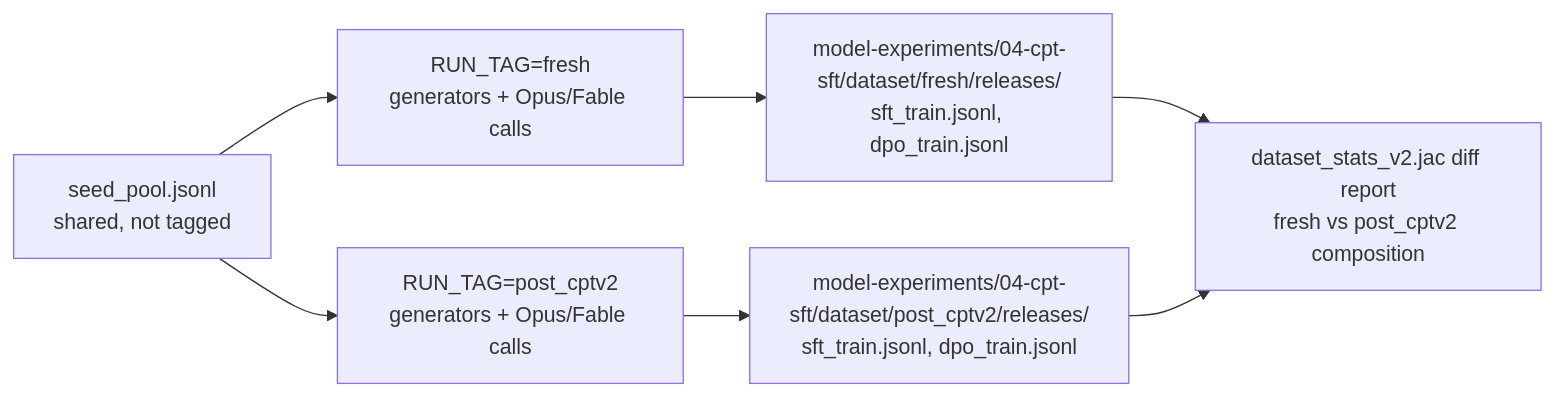
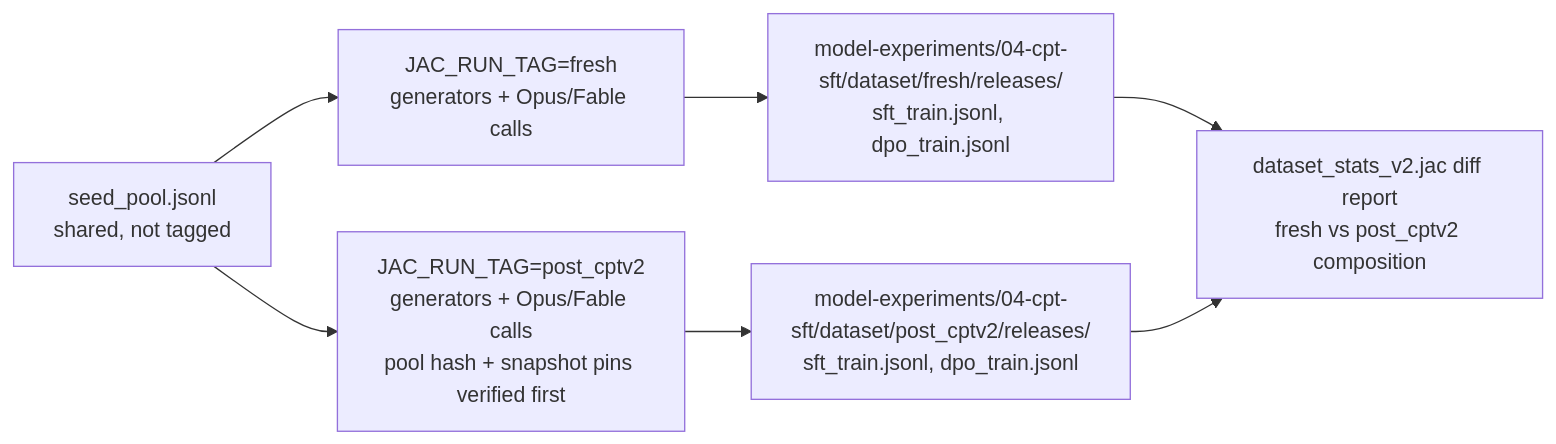
One commit to jaseci-labs/Jac_Model_Experiments changed the third of 3 diagrams in 04-cpt-sft/docs/datagen/workflow.md. Above: the diagram before and after it, drawn with Mermaid. The commit also changed other lines of this file and 3 other files, not shown here.

````diff
--- a/04-cpt-sft/docs/datagen/workflow.md
+++ b/04-cpt-sft/docs/datagen/workflow.md
@@ -153,13 +172,13 @@
 ```mermaid
 flowchart LR
     seedpool[seed_pool.jsonl<br/>shared, not tagged]
 
-    seedpool --> freshgen[RUN_TAG=fresh<br/>generators + Opus/Fable calls]
-    seedpool --> postgen[RUN_TAG=post_cptv2<br/>generators + Opus/Fable calls]
+    seedpool --> freshgen[JAC_RUN_TAG=fresh<br/>generators + Opus/Fable calls]
+    seedpool --> postgen[JAC_RUN_TAG=post_cptv2<br/>generators + Opus/Fable calls<br/>pool hash + snapshot pins verified first]
 
     freshgen --> freshout["model-experiments/04-cpt-sft/dataset/fresh/releases/<br/>sft_train.jsonl, dpo_train.jsonl"]
     postgen --> postout["model-experiments/04-cpt-sft/dataset/post_cptv2/releases/<br/>sft_train.jsonl, dpo_train.jsonl"]
 
     freshout --> compare[dataset_stats_v2.jac diff report<br/>fresh vs post_cptv2 composition]
     postout --> compare
 ```
````
